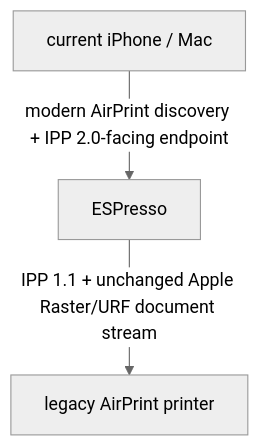
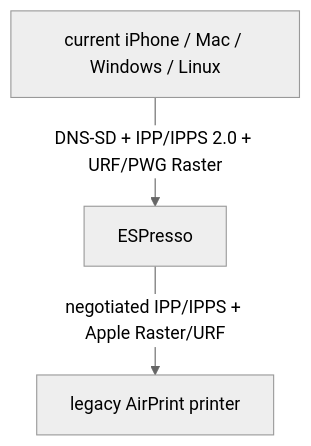
One commit to Krydix/ESPresso changed the diagram in README.md. Above: the diagram before and after it, drawn with Mermaid (neutral theme). The commit also changed other lines of this file and 35 other files, not shown here.

````diff
--- a/README.md
+++ b/README.md
@@ -9,9 +9,9 @@
 ```mermaid
 flowchart TD
-  client["current iPhone / Mac"]
+  client["current iPhone / Mac / Windows / Linux"]
   espresso["ESPresso"]
   printer["legacy AirPrint printer"]
 
-  client -->|"modern AirPrint discovery + IPP 2.0-facing endpoint"| espresso
-  espresso -->|"IPP 1.1 + unchanged Apple Raster/URF document stream"| printer
+  client -->|"DNS-SD + IPP/IPPS 2.0 + URF/PWG Raster"| espresso
+  espresso -->|"negotiated IPP/IPPS + Apple Raster/URF"| printer
 ```
````
